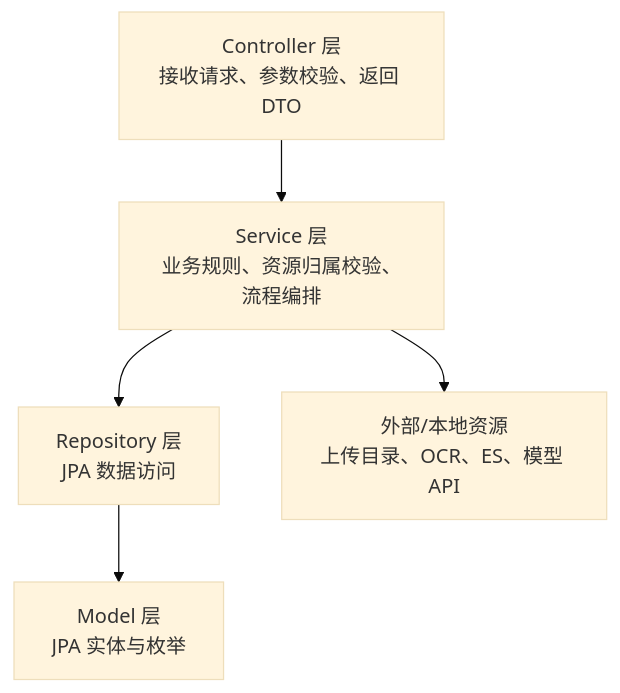
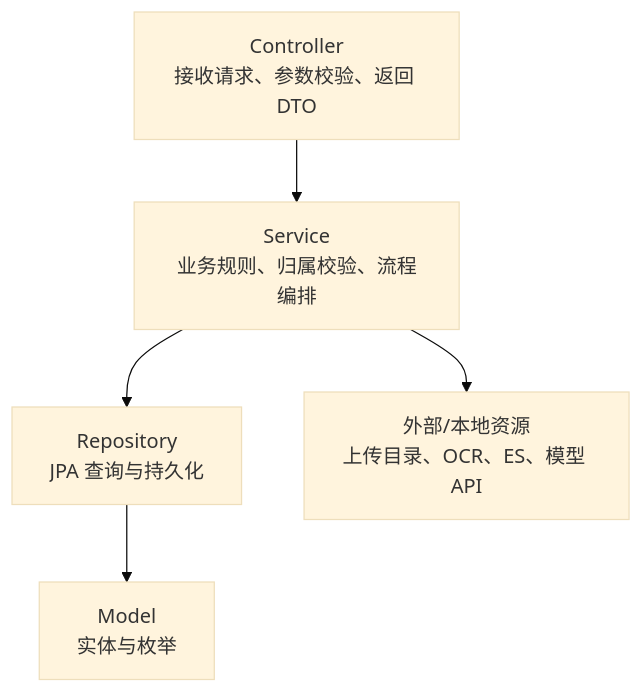
Before and after one commit to LinHonk1128/ips_java: the third of 9 diagrams in docs/02-system-architecture.md, drawn with Mermaid (base theme). The commit also changed other lines of this file and 48 other files, not shown here.

````diff
--- a/docs/02-system-architecture.md
+++ b/docs/02-system-architecture.md
@@ -128,13 +117,13 @@
 ```mermaid
 flowchart TB
-    Controller["Controller 层<br/>接收请求、参数校验、返回 DTO"]
-    Service["Service 层<br/>业务规则、资源归属校验、流程编排"]
-    Repository["Repository 层<br/>JPA 数据访问"]
-    Model["Model 层<br/>JPA 实体与枚举"]
+    Controller["Controller<br/>接收请求、参数校验、返回 DTO"]
+    Service["Service<br/>业务规则、归属校验、流程编排"]
+    Repository["Repository<br/>JPA 查询与持久化"]
+    Model["Model<br/>实体与枚举"]
     External["外部/本地资源<br/>上传目录、OCR、ES、模型 API"]
 
     Controller --> Service
     Service --> Repository
     Repository --> Model
     Service --> External
 ```
````
